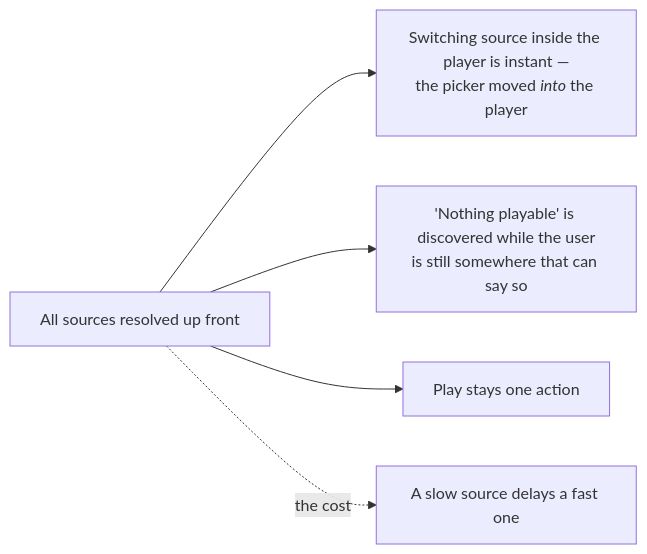
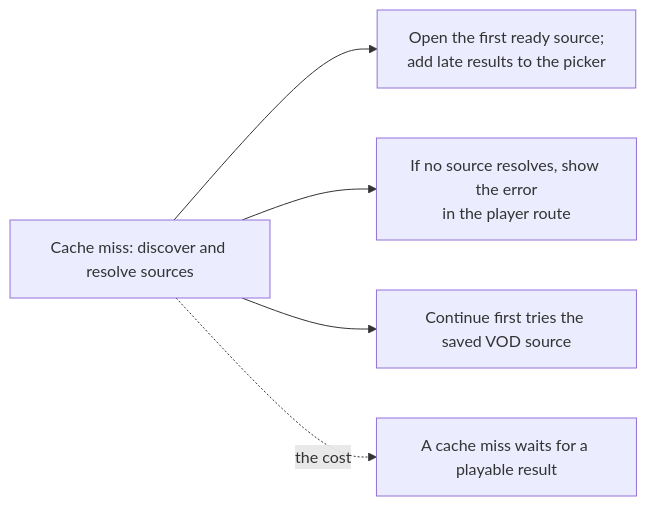
The tenth of 13 diagrams in docs/04-user-journey.md (nimbusfvck/fvcksubs), drawn with Mermaid before and after one commit. The commit also changed other lines of this file and 22 other files, not shown here.

````diff
--- a/docs/04-user-journey.md
+++ b/docs/04-user-journey.md
@@ -280,7 +281,7 @@
 ```mermaid
 flowchart LR
-    A["All sources resolved up front"] --> B["Switching source inside the player is instant —<br/>the picker moved <i>into</i> the player"]
-    A --> C["'Nothing playable' is discovered while the user<br/>is still somewhere that can say so"]
-    A --> D["Play stays one action"]
-    A -.->|the cost| E["A slow source delays a fast one"]
+    A["Cache miss: discover and resolve sources"] --> B["Open the first ready source;<br/>add late results to the picker"]
+    A --> C["If no source resolves, show the error<br/>in the player route"]
+    A --> D["Continue first tries the saved VOD source"]
+    A -.->|the cost| E["A cache miss waits for a playable result"]
 ```
````
